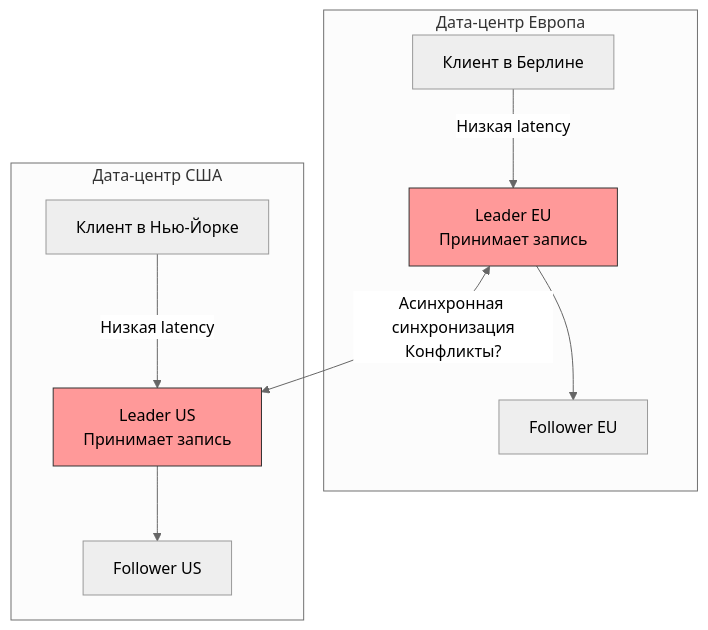
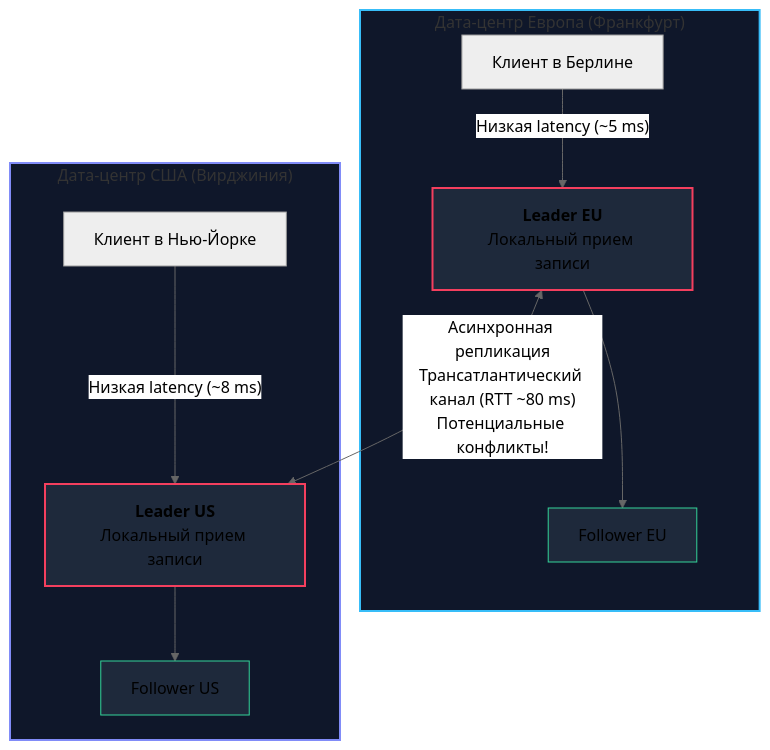
Before and after one commit to UnrealTemplier/go-textbook: the first of 2 diagrams in sources/12. Базы данных/08. Распределенные базы данных/3. Multi Leader.md, drawn with Mermaid (neutral theme). The commit also changed other lines of this file, not shown here.

````diff
--- a/sources/12. Базы данных/08. Распределенные базы данных/3. Multi Leader.md
+++ b/sources/12. Базы данных/08. Распределенные базы данных/3. Multi Leader.md
@@ -21,25 +21,29 @@
 ```mermaid
 flowchart TD
-    subgraph DC_EU ["Дата-центр Европа"]
-        LEU["Leader EU<br>Принимает запись"]
+    subgraph DC_EU ["Дата-центр Европа (Франкфурт)"]
+        LEU["<b>Leader EU</b><br>Локальный прием записи"]
         FEU["Follower EU"]
         ClientEU["Клиент в Берлине"]
     end
 
-    subgraph DC_US ["Дата-центр США"]
-        LUS["Leader US<br>Принимает запись"]
+    subgraph DC_US ["Дата-центр США (Вирджиния)"]
+        LUS["<b>Leader US</b><br>Локальный прием записи"]
         FUS["Follower US"]
         ClientUS["Клиент в Нью-Йорке"]
     end
 
-    ClientEU -- "Низкая latency" --> LEU
-    ClientUS -- "Низкая latency" --> LUS
+    ClientEU -->|"Низкая latency (~5 ms)"| LEU
+    ClientUS -->|"Низкая latency (~8 ms)"| LUS
 
-    LEU <-->|"Асинхронная синхронизация<br>Конфликты?"| LUS
+    LEU <-->|"Асинхронная репликация<br>Трансатлантический канал (RTT ~80 ms)<br>Потенциальные конфликты!"| LUS
     
     LEU --> FEU
     LUS --> FUS
 
-    style LEU fill:#ff9999,stroke:#333
-    style LUS fill:#ff9999,stroke:#333
+    style DC_EU fill:#0f172a,stroke:#38bdf8,stroke-width:2px
+    style DC_US fill:#0f172a,stroke:#818cf8,stroke-width:2px
+    style LEU fill:#1e293b,stroke:#f43f5e,stroke-width:2px
+    style LUS fill:#1e293b,stroke:#f43f5e,stroke-width:2px
+    style FEU fill:#1e293b,stroke:#34d399,stroke-width:1px
+    style FUS fill:#1e293b,stroke:#34d399,stroke-width:1px
 ```
````
